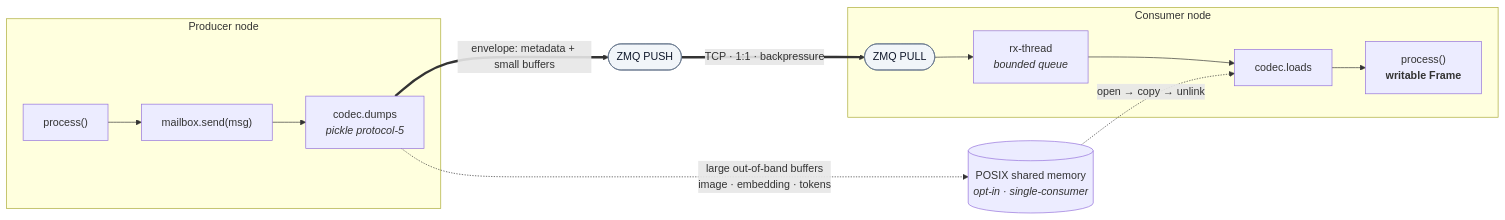
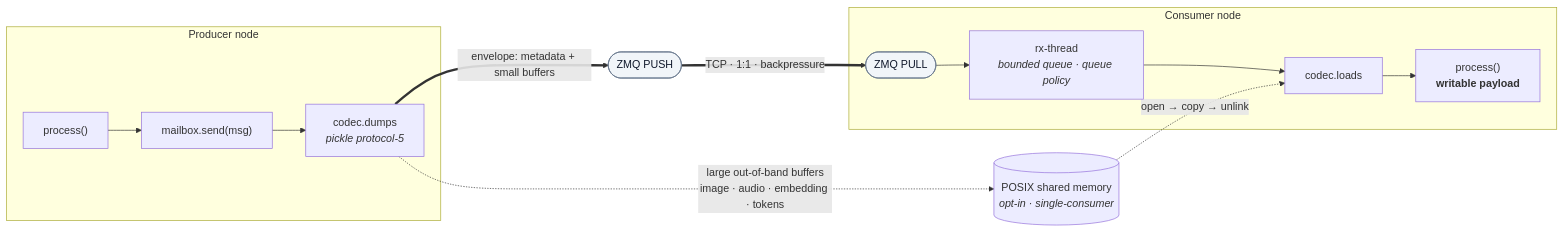
One commit to Bleaff/data_pipeline_orchestration changed the fourth of 4 diagrams in README.md. Above: the diagram before and after it, drawn with Mermaid. The commit also changed other lines of this file, not shown here.

````diff
--- a/README.md
+++ b/README.md
@@ -78,23 +209,23 @@
 ```mermaid
 flowchart LR
     subgraph prod["Producer node"]
         p1["process()"] --> p2["mailbox.send(msg)"]
         p2 --> enc["codec.dumps<br/><i>pickle protocol-5</i>"]
     end
 
     enc ==>|"envelope: metadata + small buffers"| push(["ZMQ PUSH"])
-    enc -. "large out-of-band buffers<br/>image · embedding · tokens" .-> shm[("POSIX shared memory<br/><i>opt-in · single-consumer</i>")]
+    enc -. "large out-of-band buffers<br/>image · audio · embedding · tokens" .-> shm[("POSIX shared memory<br/><i>opt-in · single-consumer</i>")]
 
     push ==>|"TCP · 1:1 · backpressure"| pull(["ZMQ PULL"])
 
     subgraph cons["Consumer node"]
-        pull --> rx["rx-thread<br/><i>bounded queue</i>"]
+        pull --> rx["rx-thread<br/><i>bounded queue · queue policy</i>"]
         rx --> dec["codec.loads"]
-        dec --> out["process()<br/><b>writable Frame</b>"]
+        dec --> out["process()<br/><b>writable payload</b>"]
     end
 
     shm -. "open → copy → unlink" .-> dec
 
     classDef io fill:#f1f5f9,stroke:#64748b,color:#0f172a;
     class push,pull io;
 ```
````
